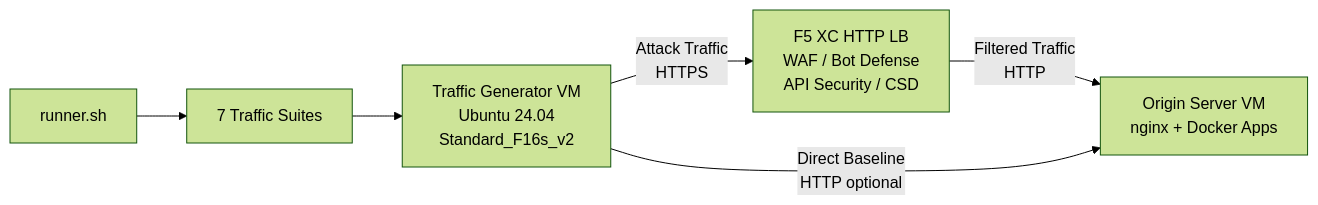
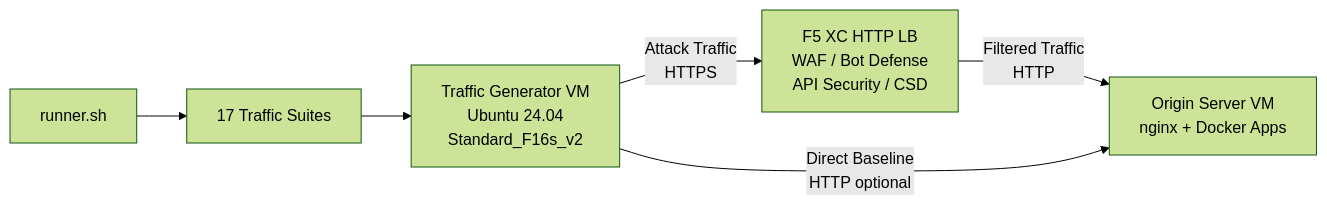
Before and after one commit to f5xc-salesdemos/traffic-generator: the diagram in docs/01-architecture.mdx, drawn with Mermaid (forest theme). The commit also changed other lines of this file and 7 other files, not shown here.

````diff
--- a/docs/01-architecture.mdx
+++ b/docs/01-architecture.mdx
@@ -22,8 +22,8 @@
 ```mermaid
 graph LR
     TG[Traffic Generator VM<br/>Ubuntu 24.04<br/>Standard_F16s_v2] -->|Attack Traffic<br/>HTTPS| XCHLB[F5 XC HTTP LB<br/>WAF / Bot Defense<br/>API Security / CSD]
     XCHLB -->|Filtered Traffic<br/>HTTP| ORIGIN[Origin Server VM<br/>nginx + Docker Apps]
     TG -->|Direct Baseline<br/>HTTP optional| ORIGIN
-    RUNNER[runner.sh] --> SUITES[7 Traffic Suites]
+    RUNNER[runner.sh] --> SUITES[17 Traffic Suites]
     SUITES --> TG
 ```
````
